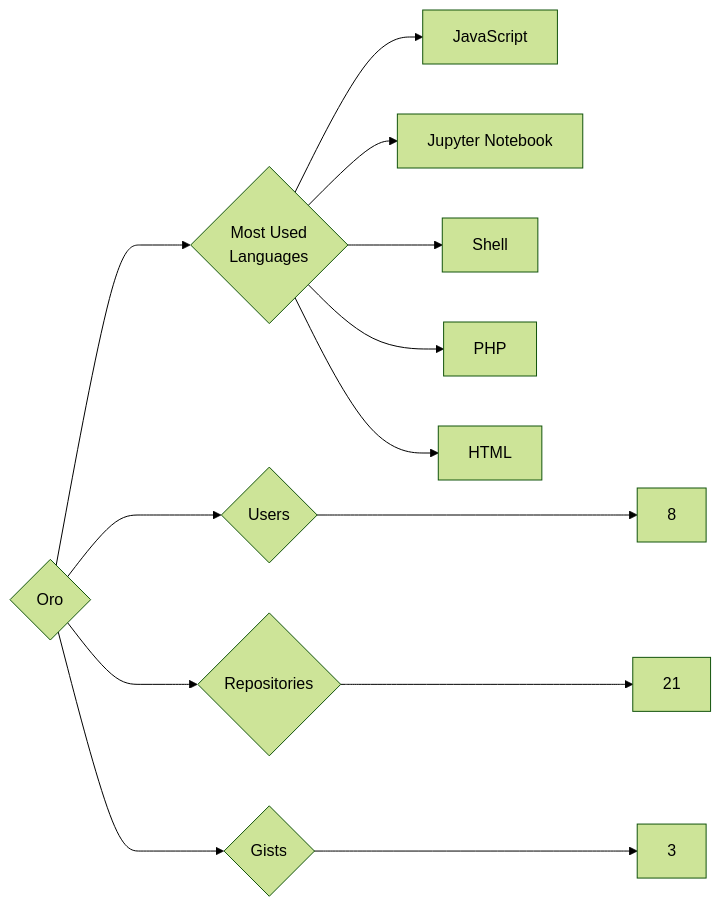
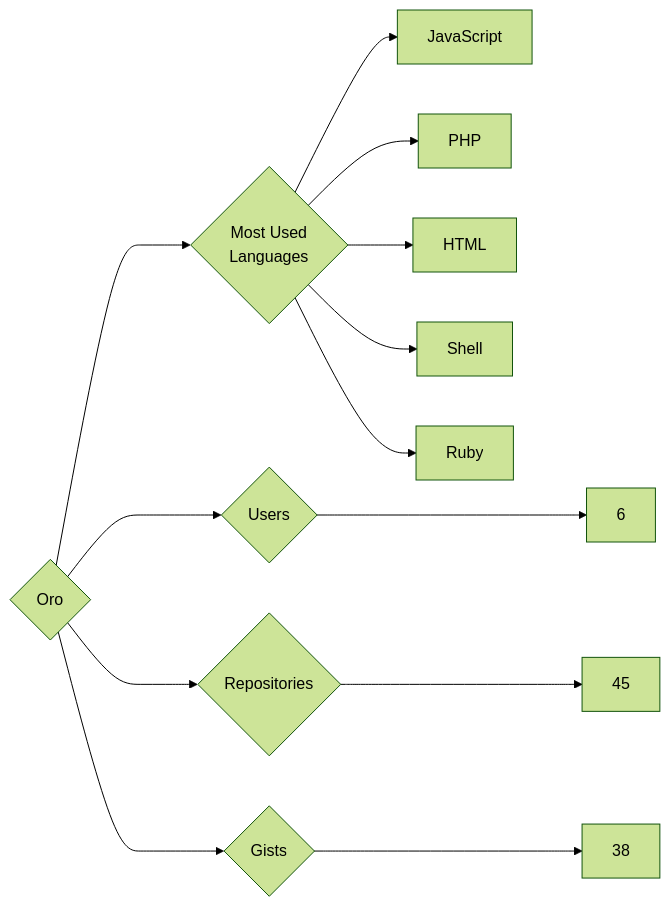
Before and after one commit to trickest/insiders: the diagram in targets/Oro/README.md, drawn with Mermaid (forest theme). The commit also changed 964 other files, not shown here.

````diff
--- a/targets/Oro/README.md
+++ b/targets/Oro/README.md
@@ -3,13 +3,13 @@
 ```mermaid
 graph LR
 COMPANY_NAME{Oro}
-COMPANY_NAME ---> U{Users} ---> UN[8]
-COMPANY_NAME ---> R{Repositories} ---> RN[21]
-COMPANY_NAME ---> G{Gists} ---> GN[3]
+COMPANY_NAME ---> U{Users} ---> UN[6]
+COMPANY_NAME ---> R{Repositories} ---> RN[45]
+COMPANY_NAME ---> G{Gists} ---> GN[38]
 COMPANY_NAME ---> ML{Most Used<br>Languages}
 ML --> JavaScript[JavaScript]
-ML --> Jupyter_Notebook[Jupyter Notebook]
-ML --> Shell[Shell]
 ML --> PHP[PHP]
 ML --> HTML[HTML]
+ML --> Shell[Shell]
+ML --> Ruby[Ruby]
 ```
````
